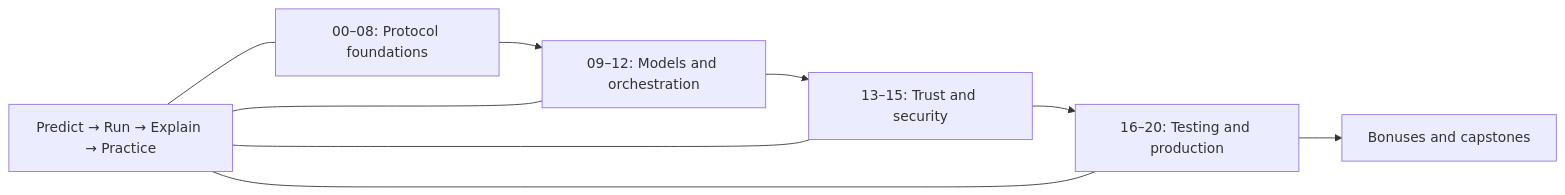
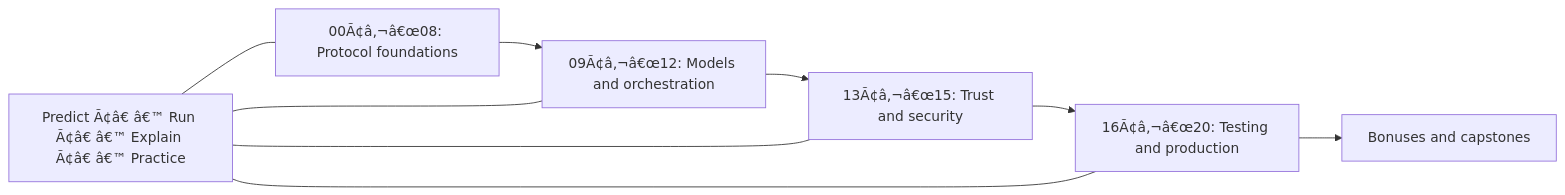
Before and after one commit to anandtopu/getting_started_with_Agent2AgentProtocol: the diagram in README.md, drawn with Mermaid. The commit also changed other lines of this file and 200 other files, not shown here.

```diff
--- a/README.md
+++ b/README.md
@@ -89,11 +85,11 @@
 ~~~mermaid
 flowchart LR
-    A["00–08: Protocol foundations"] --> B["09–12: Models and orchestration"]
-    B --> C["13–15: Trust and security"]
-    C --> D["16–20: Testing and production"]
+    A["00Ã¢â‚¬â€œ08: Protocol foundations"] --> B["09Ã¢â‚¬â€œ12: Models and orchestration"]
+    B --> C["13Ã¢â‚¬â€œ15: Trust and security"]
+    C --> D["16Ã¢â‚¬â€œ20: Testing and production"]
     D --> E["Bonuses and capstones"]
-    G["Predict → Run → Explain → Practice"] --- A
+    G["Predict Ã¢â€ â€™ Run Ã¢â€ â€™ Explain Ã¢â€ â€™ Practice"] --- A
     G --- B
     G --- C
     G --- D
 ~~~
```
